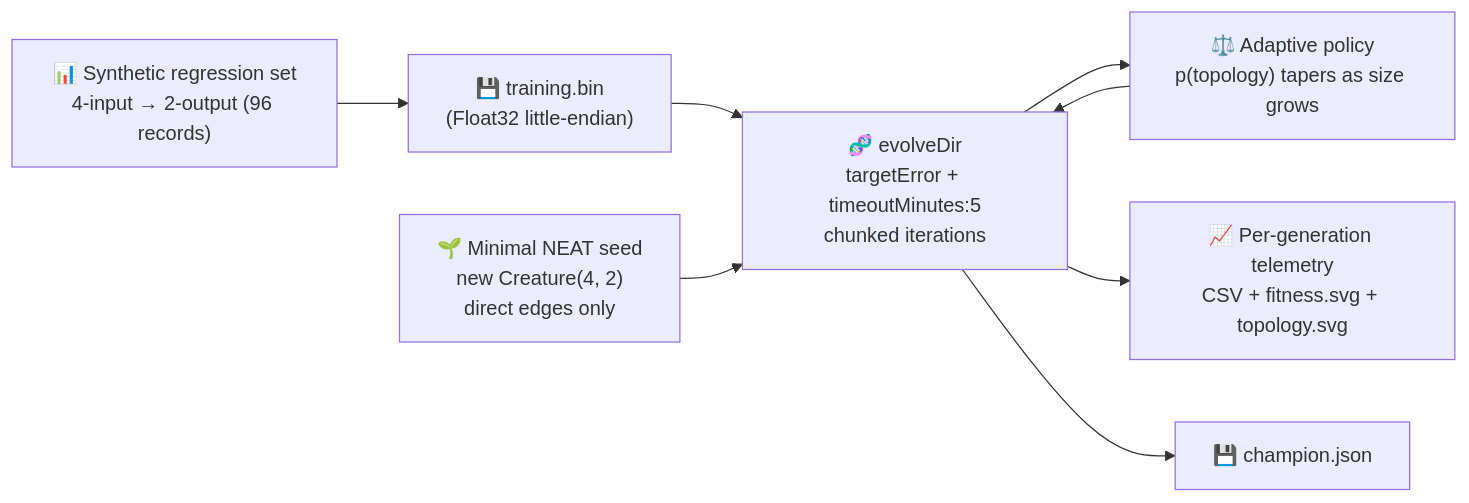
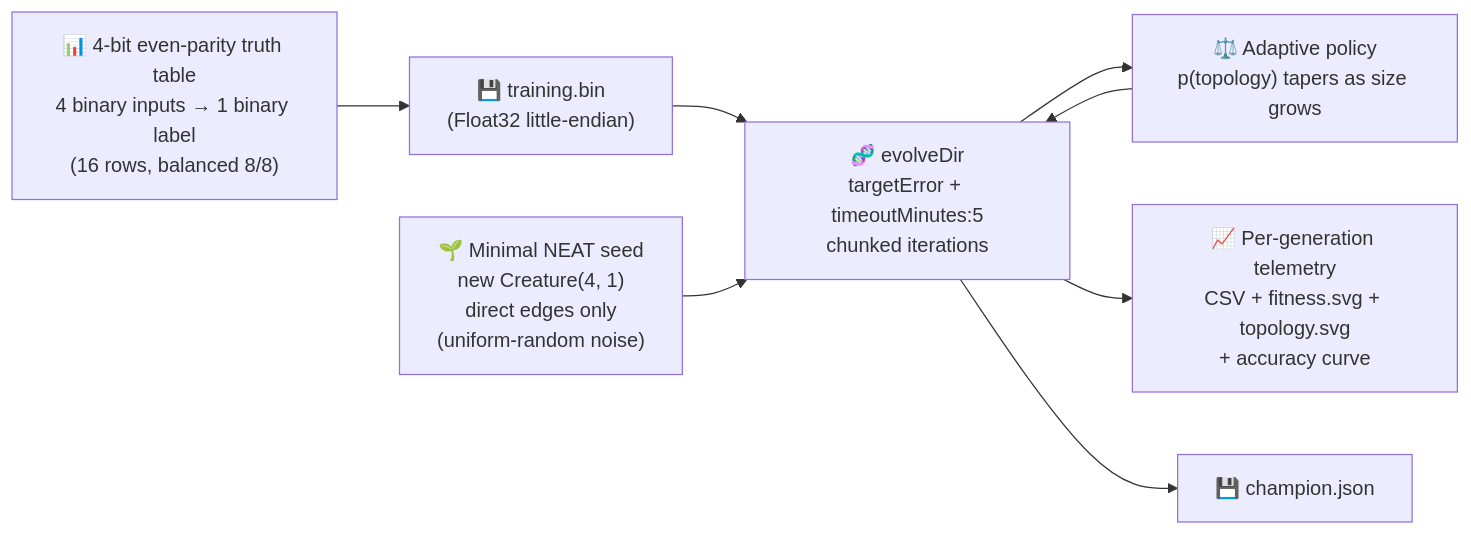
The diagram in adaptive_mutation/README.md (stSoftwareAU/NEAT-AI-Examples), drawn with Mermaid before and after one commit. The commit also changed other lines of this file and 8 other files, not shown here.

First line of the commit message:
adaptive_mutation: refresh README, charts, and AGENTS.md for the classification rewrite (#264)

````diff
--- a/adaptive_mutation/README.md
+++ b/adaptive_mutation/README.md
@@ -93,17 +119,17 @@
 ```mermaid
 flowchart LR
-    DATA["📊 Synthetic regression set<br/>4-input → 2-output (96 records)"]
+    DATA["📊 4-bit even-parity truth table<br/>4 binary inputs → 1 binary label<br/>(16 rows, balanced 8/8)"]
     BIN["💾 training.bin<br/>(Float32 little-endian)"]
-    SEED["🌱 Minimal NEAT seed<br/>new Creature(4, 2)<br/>direct edges only"]
+    SEED["🌱 Minimal NEAT seed<br/>new Creature(4, 1)<br/>direct edges only<br/>(uniform-random noise)"]
     EVOLVE["🧬 evolveDir<br/>targetError + timeoutMinutes:5<br/>chunked iterations"]
     POLICY["⚖️ Adaptive policy<br/>p(topology) tapers as size grows"]
-    TELEMETRY["📈 Per-generation telemetry<br/>CSV + fitness.svg + topology.svg"]
+    TELEMETRY["📈 Per-generation telemetry<br/>CSV + fitness.svg + topology.svg<br/>+ accuracy curve"]
     CHAMP["💾 champion.json"]
 
     DATA --> BIN --> EVOLVE
     SEED --> EVOLVE
     EVOLVE --> POLICY
     POLICY --> EVOLVE
     EVOLVE --> TELEMETRY
     EVOLVE --> CHAMP
 ```
````
